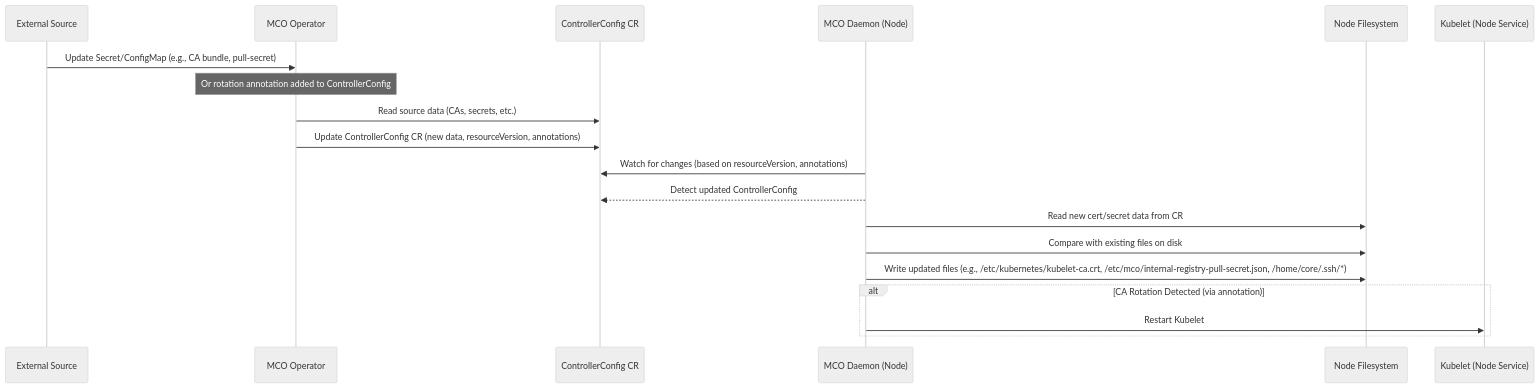
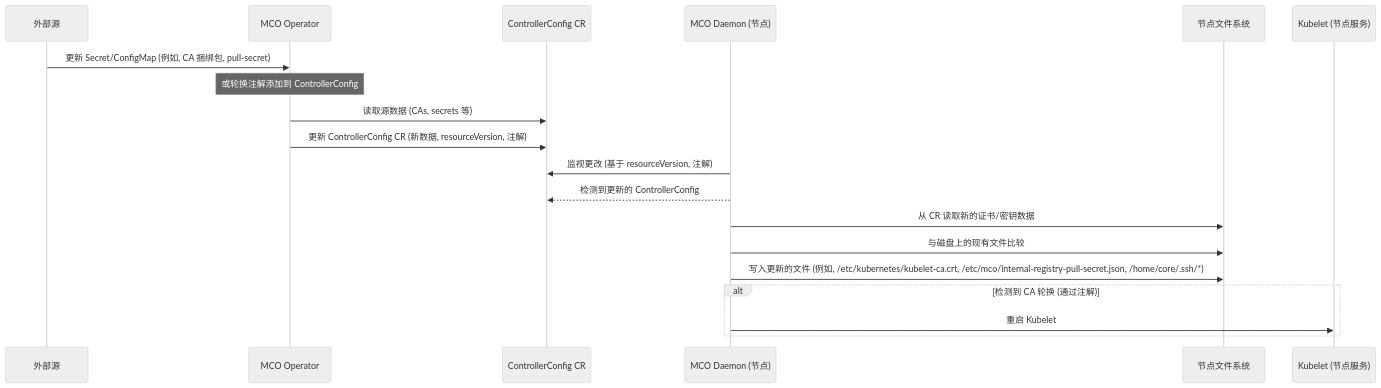
The diagram in wzh.doc/rotation_logic.md (wangzheng422/machine-config-operator), drawn with Mermaid (neutral theme) before and after one commit. The commit also changed other lines of this file, not shown here.

````diff
--- a/wzh.doc/rotation_logic.md
+++ b/wzh.doc/rotation_logic.md
@@ -18,23 +18,23 @@
 ```mermaid
 sequenceDiagram
-    participant External Source
+    participant 外部源
     participant MCO Operator
     participant ControllerConfig CR
-    participant MCO Daemon (Node)
-    participant Node Filesystem
-    participant Kubelet (Node Service)
+    participant MCO Daemon (节点)
+    participant 节点文件系统
+    participant Kubelet (节点服务)
 
-    External Source->>MCO Operator: Update Secret/ConfigMap (e.g., CA bundle, pull-secret)
-    Note over MCO Operator: Or rotation annotation added to ControllerConfig
-    MCO Operator->>ControllerConfig CR: Read source data (CAs, secrets, etc.)
-    MCO Operator->>ControllerConfig CR: Update ControllerConfig CR (new data, resourceVersion, annotations)
-    MCO Daemon (Node)->>ControllerConfig CR: Watch for changes (based on resourceVersion, annotations)
-    MCO Daemon (Node)-->>ControllerConfig CR: Detect updated ControllerConfig
-    MCO Daemon (Node)->>Node Filesystem: Read new cert/secret data from CR
-    MCO Daemon (Node)->>Node Filesystem: Compare with existing files on disk
-    MCO Daemon (Node)->>Node Filesystem: Write updated files (e.g., /etc/kubernetes/kubelet-ca.crt, /etc/mco/internal-registry-pull-secret.json, /home/core/.ssh/*)
-    alt CA Rotation Detected (via annotation)
-        MCO Daemon (Node)->>Kubelet (Node Service): Restart Kubelet
+    外部源->>MCO Operator: 更新 Secret/ConfigMap (例如, CA 捆绑包, pull-secret)
+    Note over MCO Operator: 或轮换注解添加到 ControllerConfig
+    MCO Operator->>ControllerConfig CR: 读取源数据 (CAs, secrets 等)
+    MCO Operator->>ControllerConfig CR: 更新 ControllerConfig CR (新数据, resourceVersion, 注解)
+    MCO Daemon (节点)->>ControllerConfig CR: 监视更改 (基于 resourceVersion, 注解)
+    MCO Daemon (节点)-->>ControllerConfig CR: 检测到更新的 ControllerConfig
+    MCO Daemon (节点)->>节点文件系统: 从 CR 读取新的证书/密钥数据
+    MCO Daemon (节点)->>节点文件系统: 与磁盘上的现有文件比较
+    MCO Daemon (节点)->>节点文件系统: 写入更新的文件 (例如, /etc/kubernetes/kubelet-ca.crt, /etc/mco/internal-registry-pull-secret.json, /home/core/.ssh/*)
+    alt 检测到 CA 轮换 (通过注解)
+        MCO Daemon (节点)->>Kubelet (节点服务): 重启 Kubelet
     end
 
 ```
````
